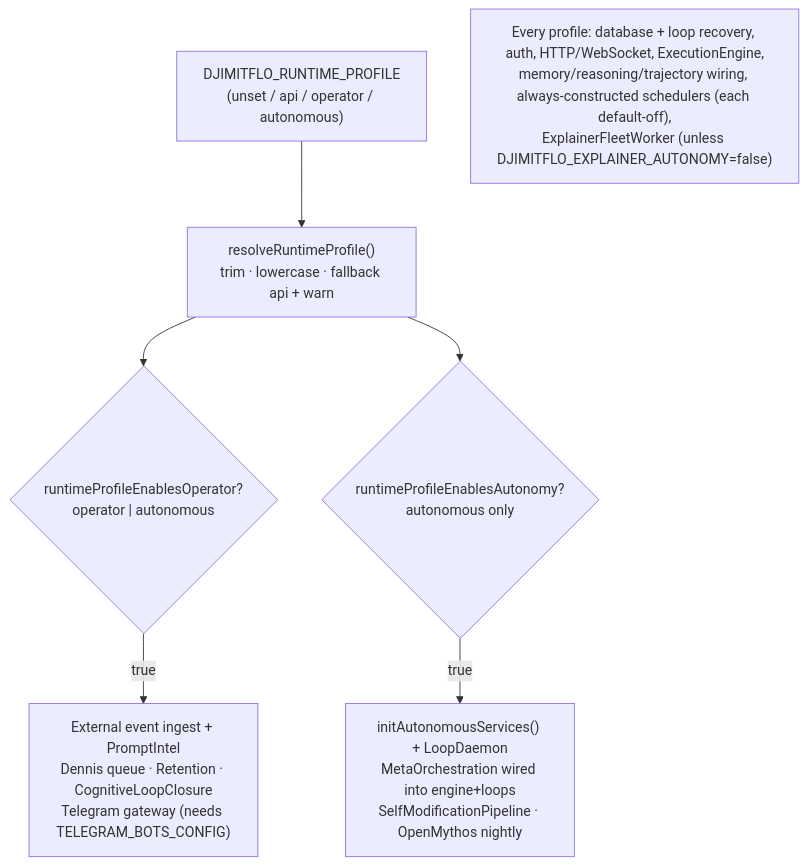
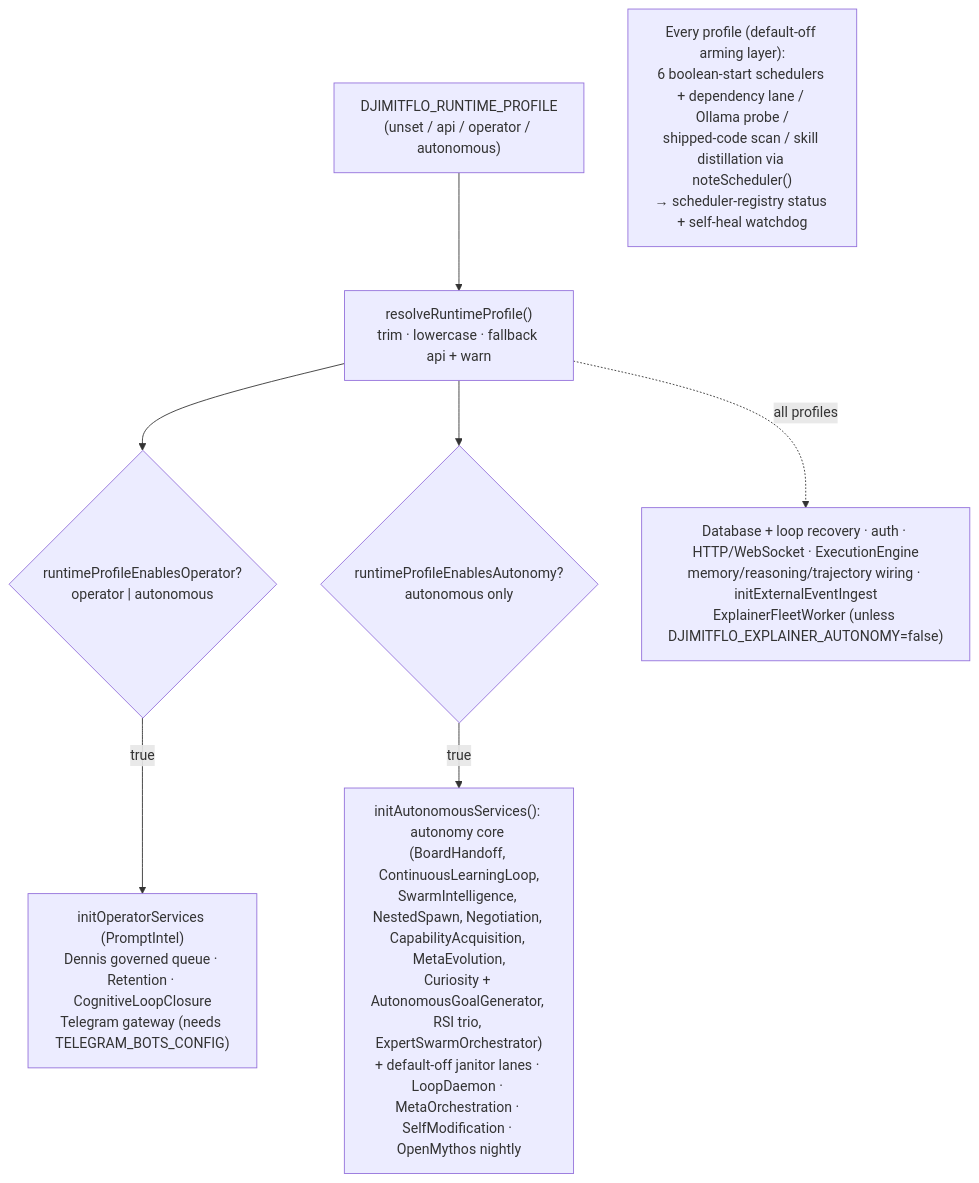
One commit to djimit/djimitflo changed the diagram in openwiki/architecture/runtime-profiles.md. Above: the diagram before and after it, drawn with Mermaid. The commit also changed other lines of this file and 45 other files, not shown here.

````diff
--- a/openwiki/architecture/runtime-profiles.md
+++ b/openwiki/architecture/runtime-profiles.md
@@ -76,9 +85,10 @@
 ```mermaid
 flowchart TD
     ENV["DJIMITFLO_RUNTIME_PROFILE<br/>(unset / api / operator / autonomous)"] --> RES["resolveRuntimeProfile()<br/>trim · lowercase · fallback api + warn"]
     RES --> OP{"runtimeProfileEnablesOperator?<br/>operator | autonomous"}
     RES --> AU{"runtimeProfileEnablesAutonomy?<br/>autonomous only"}
-    OP -->|true| OPSVCS["External event ingest + PromptIntel<br/>Dennis queue · Retention · CognitiveLoopClosure<br/>Telegram gateway (needs TELEGRAM_BOTS_CONFIG)"]
-    AU -->|true| AUSVCS["initAutonomousServices() + LoopDaemon<br/>MetaOrchestration wired into engine+loops<br/>SelfModificationPipeline · OpenMythos nightly"]
-    ALL["Every profile: database + loop recovery, auth, HTTP/WebSocket, ExecutionEngine,<br/>memory/reasoning/trajectory wiring, always-constructed schedulers (each default-off),<br/>ExplainerFleetWorker (unless DJIMITFLO_EXPLAINER_AUTONOMY=false)"]
+    OP -->|true| OPSVCS["initOperatorServices (PromptIntel)<br/>Dennis governed queue · Retention · CognitiveLoopClosure<br/>Telegram gateway (needs TELEGRAM_BOTS_CONFIG)"]
+    AU -->|true| AUSVCS["initAutonomousServices(): autonomy core (BoardHandoff, ContinuousLearningLoop,<br/>SwarmIntelligence, NestedSpawn, Negotiation, CapabilityAcquisition, MetaEvolution,<br/>Curiosity + AutonomousGoalGenerator, RSI trio, ExpertSwarmOrchestrator)<br/>+ default-off janitor lanes · LoopDaemon · MetaOrchestration · SelfModification · OpenMythos nightly"]
+    SCHED["Every profile (default-off arming layer):<br/>6 boolean-start schedulers + dependency lane / Ollama probe /<br/>shipped-code scan / skill distillation via noteScheduler()<br/>→ scheduler-registry status + self-heal watchdog"]
+    RES -.->|all profiles| ALL["Database + loop recovery · auth · HTTP/WebSocket · ExecutionEngine<br/>memory/reasoning/trajectory wiring · initExternalEventIngest<br/>ExplainerFleetWorker (unless DJIMITFLO_EXPLAINER_AUTONOMY=false)"]
 ```
````
